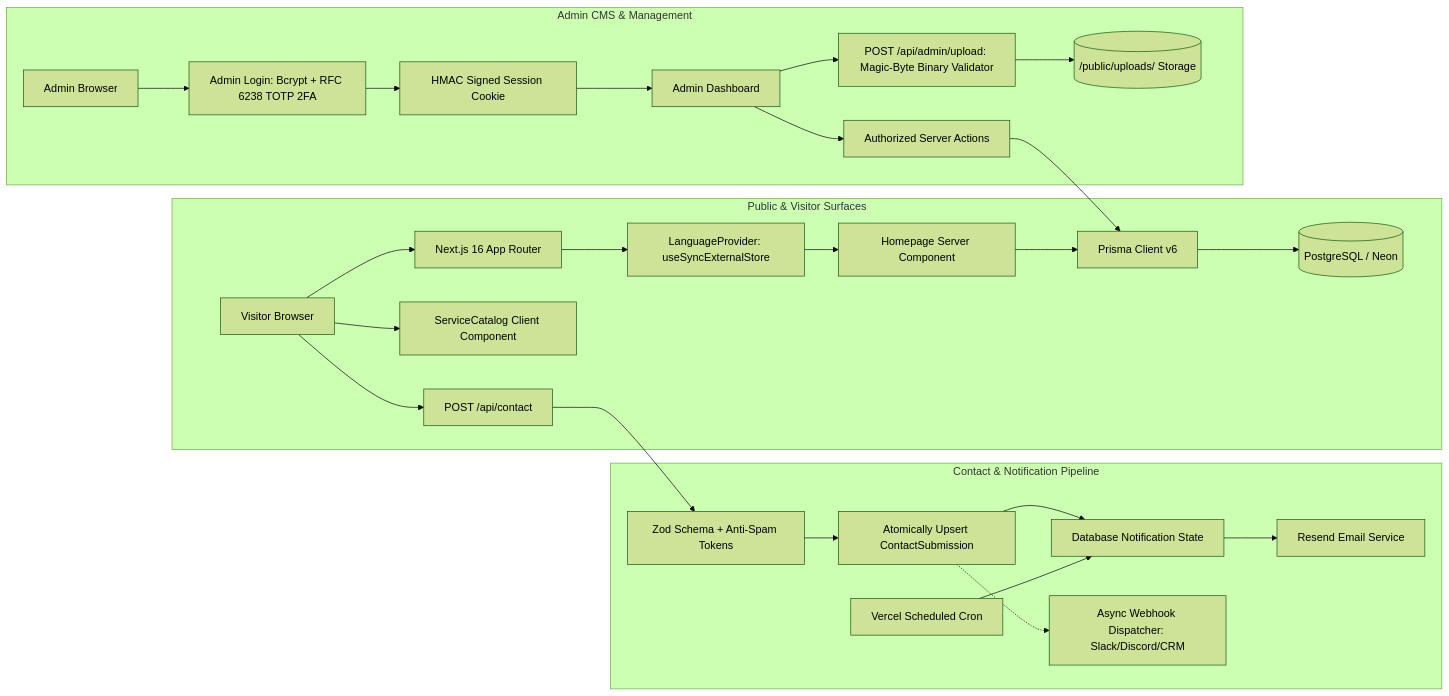
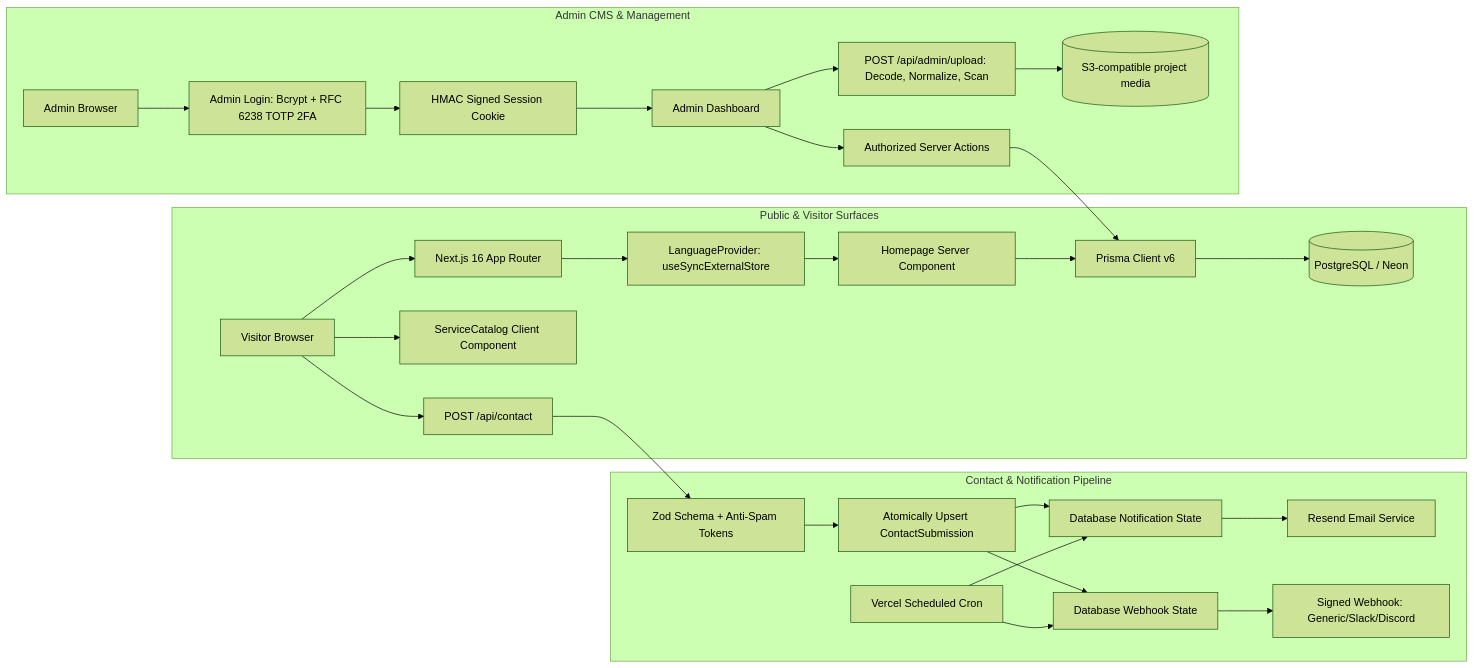
One commit to MasRizqi07/dibimbing-fwd changed the diagram in Architecture.md. Above: the diagram before and after it, drawn with Mermaid (forest theme). The commit also changed other lines of this file and 68 other files, not shown here.

````diff
--- a/Architecture.md
+++ b/Architecture.md
@@ -7,31 +9,33 @@
 ```mermaid
 flowchart LR
   subgraph Public_Surfaces [Public & Visitor Surfaces]
     Browser[Visitor Browser] --> Next[Next.js 16 App Router]
     Next --> i18n[LanguageProvider: useSyncExternalStore]
     i18n --> RSC[Homepage Server Component]
     RSC --> Prisma[Prisma Client v6]
     Prisma --> DB[(PostgreSQL / Neon)]
     Browser --> Catalog[ServiceCatalog Client Component]
     Browser --> Contact[POST /api/contact]
   end
 
   subgraph Ingestion_Pipeline [Contact & Notification Pipeline]
     Contact --> Validate[Zod Schema + Anti-Spam Tokens]
     Validate --> DBWrite[Atomically Upsert ContactSubmission]
     DBWrite --> Outbox[Database Notification State]
-    DBWrite -.-> Webhook[Async Webhook Dispatcher: Slack/Discord/CRM]
+    DBWrite --> WebhookOutbox[Database Webhook State]
     Cron[Vercel Scheduled Cron] --> Outbox
+    Cron --> WebhookOutbox
     Outbox --> Resend[Resend Email Service]
+    WebhookOutbox --> Webhook[Signed Webhook: Generic/Slack/Discord]
   end
 
   subgraph Admin_Surfaces [Admin CMS & Management]
     Admin[Admin Browser] --> Login[Admin Login: Bcrypt + RFC 6238 TOTP 2FA]
     Login --> Session[HMAC Signed Session Cookie]
     Session --> CMS[Admin Dashboard]
     CMS --> Actions[Authorized Server Actions]
     Actions --> Prisma
-    CMS --> Upload[POST /api/admin/upload: Magic-Byte Binary Validator]
-    Upload --> Disk[(/public/uploads/ Storage)]
+    CMS --> Upload[POST /api/admin/upload: Decode, Normalize, Scan]
+    Upload --> Storage[(S3-compatible project media)]
   end
 ```
````
